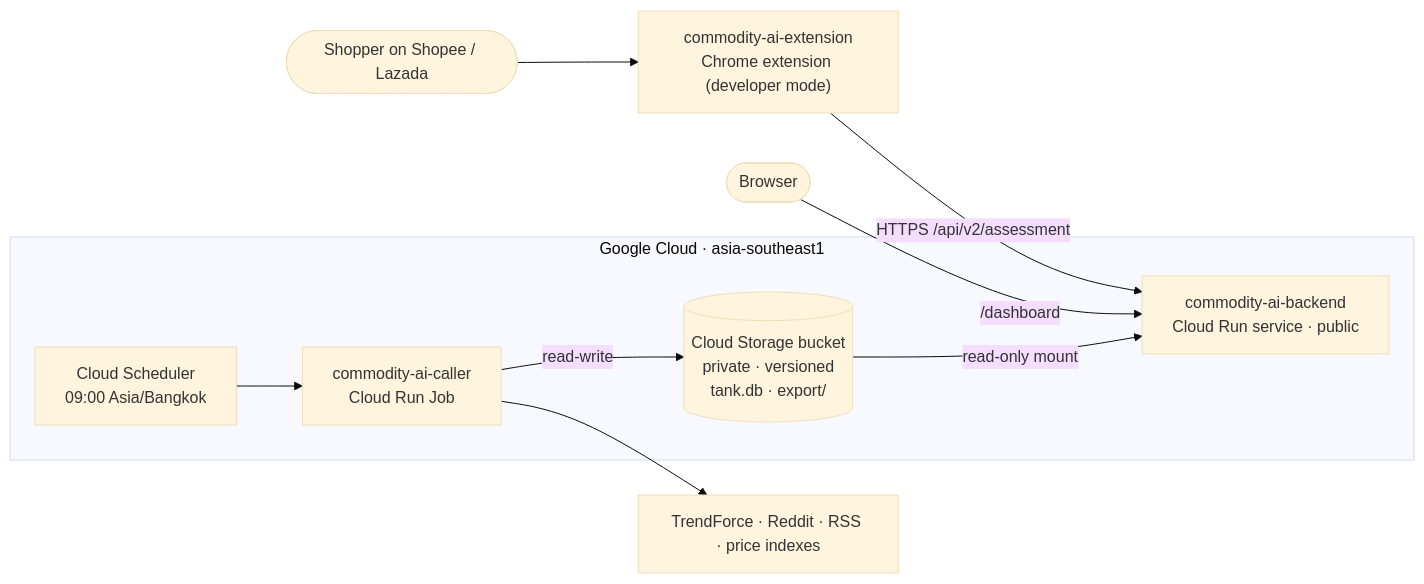
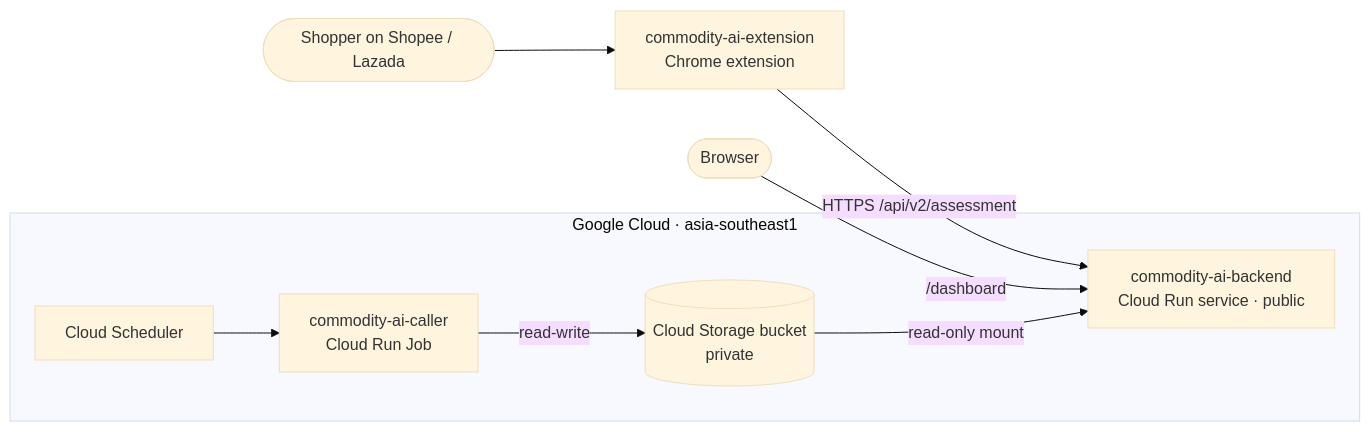
The diagram in README.md (MobyDIGG-commidtyAI/commodity-ai-extension), drawn with Mermaid (base theme) before and after one commit. The commit also changed other lines of this file and 1 other file, not shown here.

````diff
--- a/README.md
+++ b/README.md
@@ -10,12 +61,11 @@
 ```mermaid
 flowchart LR
-  shopper(["Shopper on Shopee / Lazada"]) --> ext["commodity-ai-extension<br/>Chrome extension (developer mode)"]
+  shopper(["Shopper on Shopee / Lazada"]) --> ext["commodity-ai-extension<br/>Chrome extension"]
   ext -- "HTTPS /api/v2/assessment" --> api
   web(["Browser"]) -- "/dashboard" --> api
   subgraph gcp["Google Cloud · asia-southeast1"]
-    sched["Cloud Scheduler<br/>09:00 Asia/Bangkok"] --> job["commodity-ai-caller<br/>Cloud Run Job"]
-    job -- "read-write" --> bucket[("Cloud Storage bucket<br/>private · versioned<br/>tank.db · export/")]
+    sched["Cloud Scheduler"] --> job["commodity-ai-caller<br/>Cloud Run Job"]
+    job -- "read-write" --> bucket[("Cloud Storage bucket<br/>private")]
     bucket -- "read-only mount" --> api["commodity-ai-backend<br/>Cloud Run service · public"]
   end
-  job --> sources["TrendForce · Reddit · RSS · price indexes"]
 ```
````
